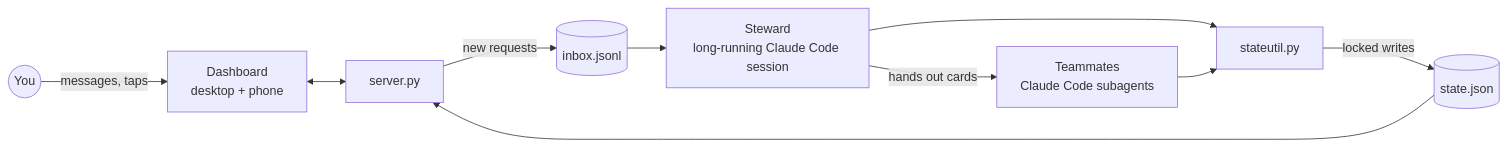
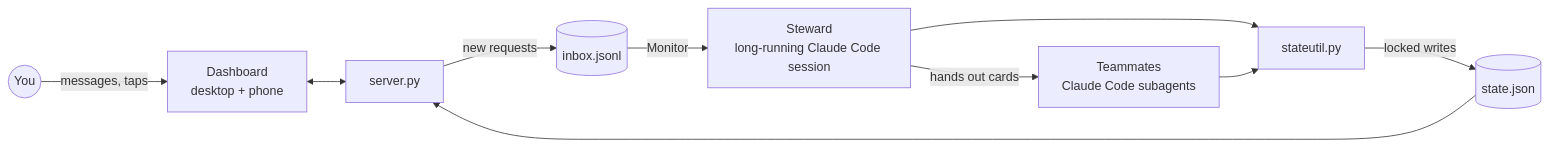
Before and after one commit to dxu2/underthread: the diagram in README.md, drawn with Mermaid. The commit also changed other lines of this file and 9 other files, not shown here.

````diff
--- a/README.md
+++ b/README.md
@@ -177,12 +191,12 @@
 ```mermaid
 flowchart LR
   You((You)) -- messages, taps --> UI[Dashboard<br/>desktop + phone]
   UI <--> SRV[server.py]
   SRV -- new requests --> IN[(inbox.jsonl)]
-  IN --> MGR[Steward<br/>long-running Claude Code session]
+  IN -- Monitor --> MGR[Steward<br/>long-running Claude Code session]
   MGR -- hands out cards --> AG[Teammates<br/>Claude Code subagents]
   MGR --> SU[stateutil.py]
   AG --> SU
   SU -- locked writes --> ST[(state.json)]
   ST --> SRV
 ```
````
